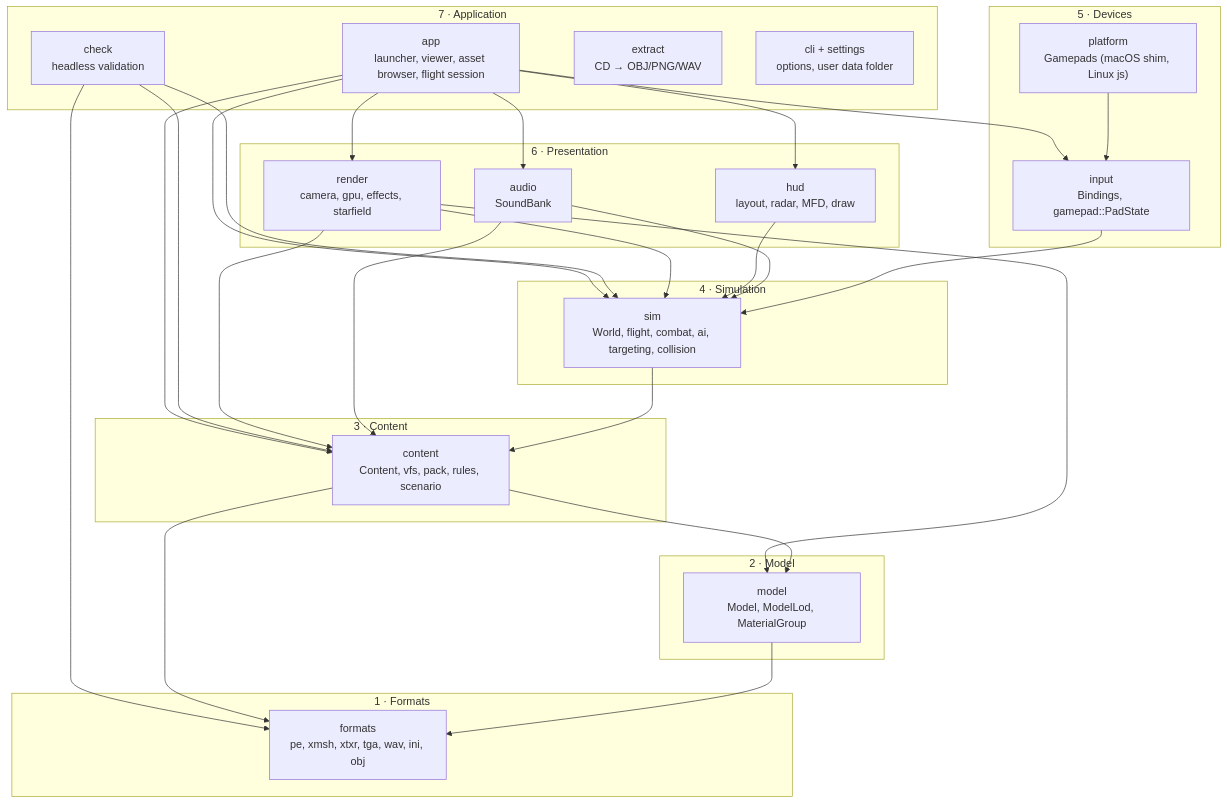
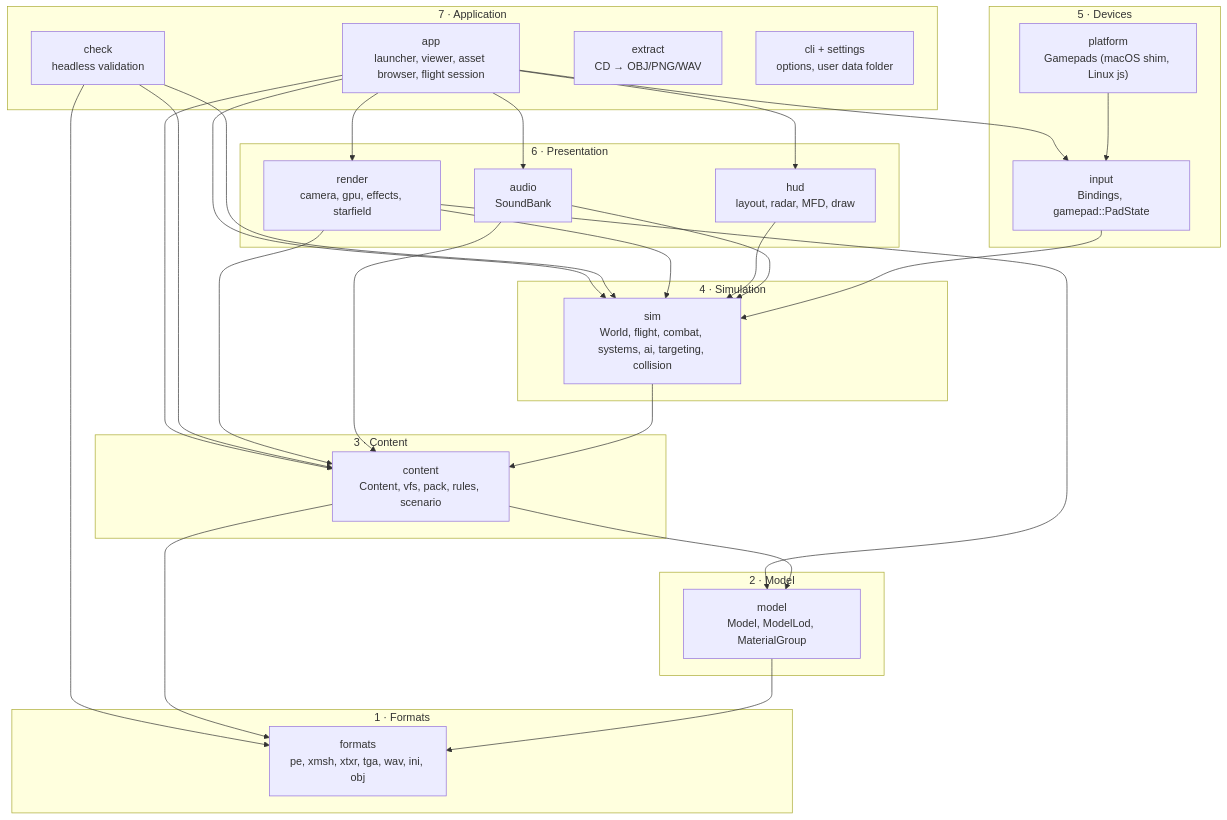
The first of 4 diagrams in docs/architecture/index.md (bbogovich/OpenInterceptor), drawn with Mermaid before and after one commit. The commit also changed other lines of this file and 36 other files, not shown here.

````diff
--- a/docs/architecture/index.md
+++ b/docs/architecture/index.md
@@ -20,40 +20,40 @@
 ```mermaid
 flowchart TB
     subgraph L7["7 · Application"]
         APP["app<br/>launcher, viewer, asset browser, flight session"]
         CK["check<br/>headless validation"]
         EX["extract<br/>CD → OBJ/PNG/WAV"]
         CLI["cli + settings<br/>options, user data folder"]
     end
     subgraph L6["6 · Presentation"]
         R["render<br/>camera, gpu, effects, starfield"]
         H["hud<br/>layout, radar, MFD, draw"]
         AU["audio<br/>SoundBank"]
     end
     subgraph L5["5 · Devices"]
         IN["input<br/>Bindings, gamepad::PadState"]
         PL["platform<br/>Gamepads (macOS shim, Linux js)"]
     end
     subgraph L4["4 · Simulation"]
-        S["sim<br/>World, flight, combat, ai, targeting, collision"]
+        S["sim<br/>World, flight, combat, systems, ai, targeting, collision"]
     end
     subgraph L3["3 · Content"]
         C["content<br/>Content, vfs, pack, rules, scenario"]
     end
     subgraph L2["2 · Model"]
         M["model<br/>Model, ModelLod, MaterialGroup"]
     end
     subgraph L1["1 · Formats"]
         F["formats<br/>pe, xmsh, xtxr, tga, wav, ini, obj"]
     end
     APP --> R & H & AU & IN & S & C
     CK --> S & C & F
     R --> S & C & M
     H --> S
     AU --> S & C
     IN --> S
     PL --> IN
     S --> C
     C --> M & F
     M --> F
 ```
````
